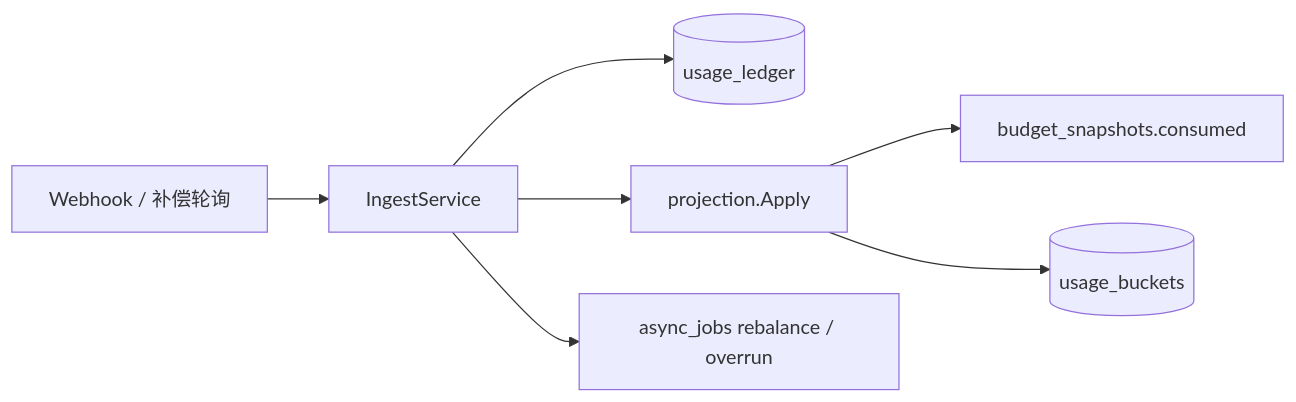
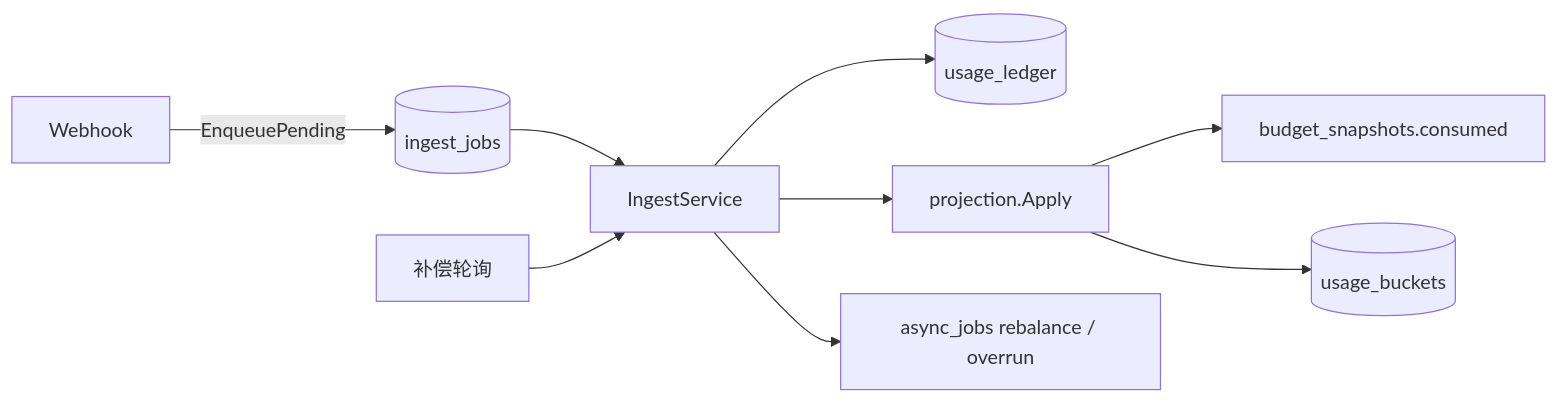
Before and after one commit to quyip8818/mytokenjoy: the third of 10 diagrams in docs/Backend-预算.md, drawn with Mermaid. The commit also changed other lines of this file and 46 other files, not shown here.

````diff
--- a/docs/Backend-预算.md
+++ b/docs/Backend-预算.md
@@ -101,9 +101,11 @@
 ```mermaid
 flowchart LR
-  WH[Webhook / 补偿轮询] --> ING[IngestService]
+  WH[Webhook] -->|EnqueuePending| Q[(ingest_jobs)]
+  Q --> ING[IngestService]
+  COMP[补偿轮询] --> ING
   ING --> UL[(usage_ledger)]
   ING --> PROJ[projection.Apply]
   PROJ --> SNAP[budget_snapshots.consumed]
   PROJ --> UB[(usage_buckets)]
-  ING --> Q[async_jobs rebalance / overrun]
+  ING --> JOB[async_jobs rebalance / overrun]
 ```
````
